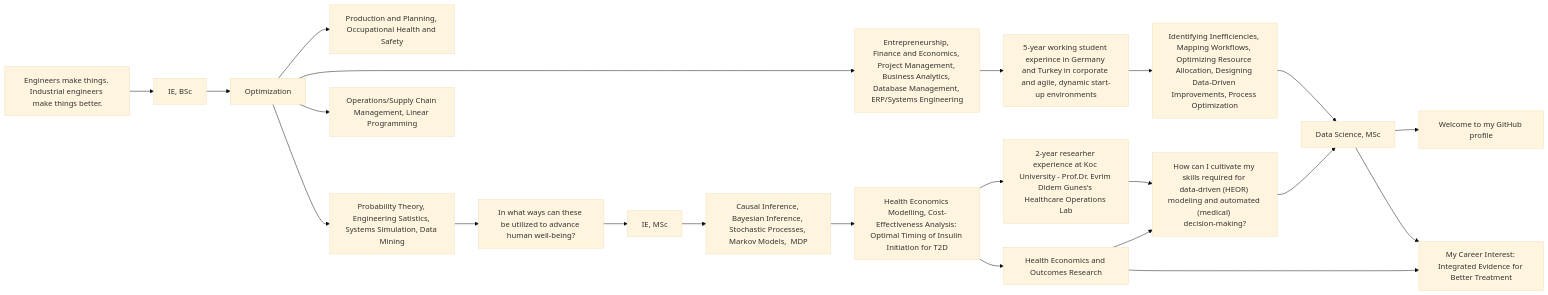
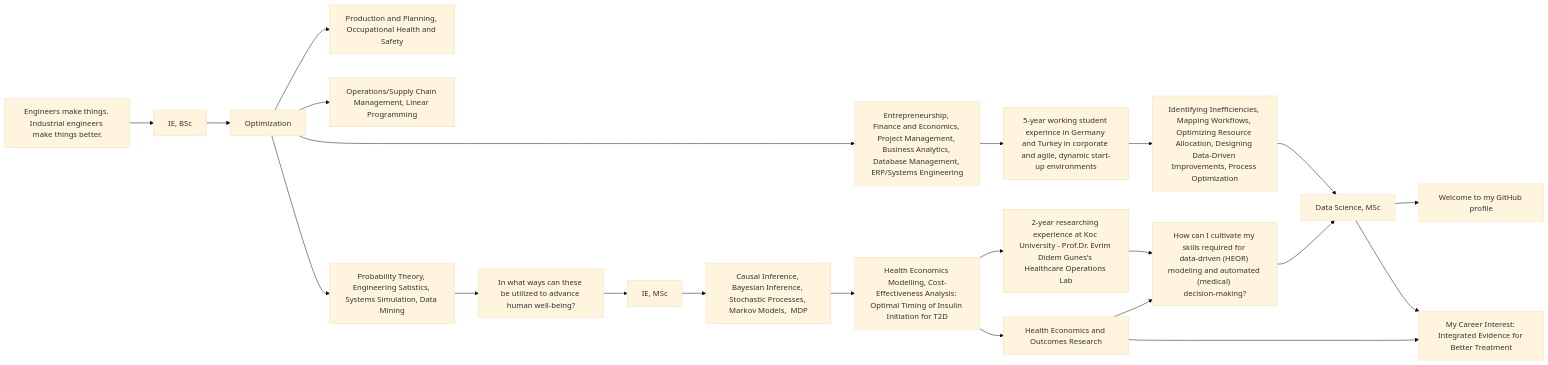
The diagram in README.md (eminsin/eminsin), drawn with Mermaid (base theme) before and after one commit.

Commit message:
corrected a typo and the order of the graph in README.md

````diff
--- a/README.md
+++ b/README.md
@@ -55,24 +55,24 @@
 ```mermaid
 graph LR
     A["Engineers make things. Industrial engineers make things better."] --> B["IE, BSc"];
     B --> S["Optimization"]
     S --> C["Production and Planning, Occupational Health and Safety"];
+    S --> F["Operations/Supply Chain Management, Linear Programming"];
     S --> D["Entrepreneurship, Finance and Economics, Project Management, Business Analytics, Database Management, ERP/Systems Engineering"];
     D --> M["5-year working student experince in Germany and Turkey in corporate and agile, dynamic start-up environments"];
     M --> R["Identifying Inefficiencies, Mapping Workflows, Optimizing Resource Allocation, Designing Data-Driven Improvements, Process Optimization"]
     S --> E["Probability Theory, Engineering Satistics, Systems Simulation, Data Mining"];
-    S --> F["Operations/Supply Chain Management, Linear Programming"];
     E --> G["In what ways can these be utilized to advance human well‑being?"];
     G --> H["IE, MSc"];
     H --> I["Causal Inference, Bayesian Inference, Stochastic Processes, Markov Models,  MDP"];
     I --> O["Health Economics Modelling, Cost-Effectiveness Analysis: Optimal Timing of Insulin Initiation for T2D"];
     O --> N["Health Economics and Outcomes Research"];
-    O --> T["2-year researher experience at Koc University - Prof.Dr. Evrim Didem Gunes's Healthcare Operations Lab"];
+    O --> T["2-year researching experience at Koc University - Prof.Dr. Evrim Didem Gunes's Healthcare Operations Lab"];
     N --> J["How can I cultivate my skills required for data‑driven (HEOR) modeling and automated (medical) decision‑making?"];
     T --> J;
     J --> K["Data Science, MSc"];
     K --> L["Welcome to my GitHub profile"];
     N --> P["My Career Interest: Integrated Evidence for Better Treatment"];
     K --> P;
     R --> K;
 ```
````
